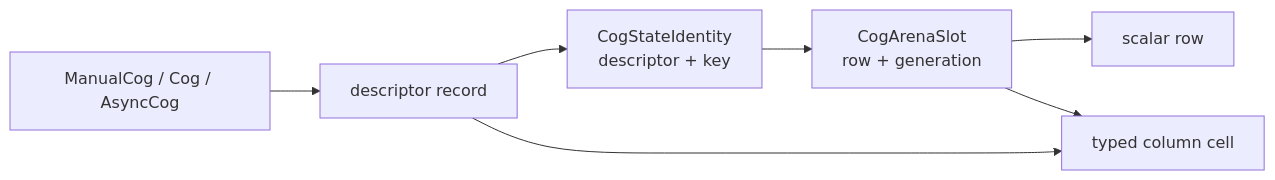
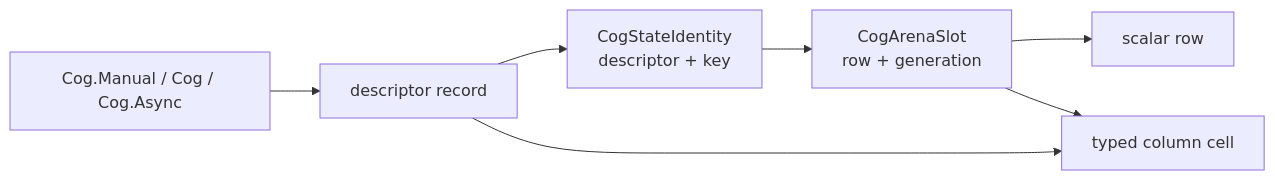
The second of 3 diagrams in docs/swift/impl/architecture/arena-core.md (skeswa/cog), drawn with Mermaid before and after one commit. The commit also changed other lines of this file and 17 other files, not shown here.

````diff
--- a/docs/swift/impl/architecture/arena-core.md
+++ b/docs/swift/impl/architecture/arena-core.md
@@ -91,13 +91,13 @@
 ```mermaid
 flowchart LR
-  ref["ManualCog / Cog / AsyncCog"]
+  ref["Cog.Manual / Cog / Cog.Async"]
   descriptor[descriptor record]
   identity["CogStateIdentity<br/>descriptor + key"]
   slot["CogArenaSlot<br/>row + generation"]
   scalar[scalar row]
   typed[typed column cell]
   ref --> descriptor --> identity --> slot
   slot --> scalar
   descriptor --> typed
   slot --> typed
 ```
````
